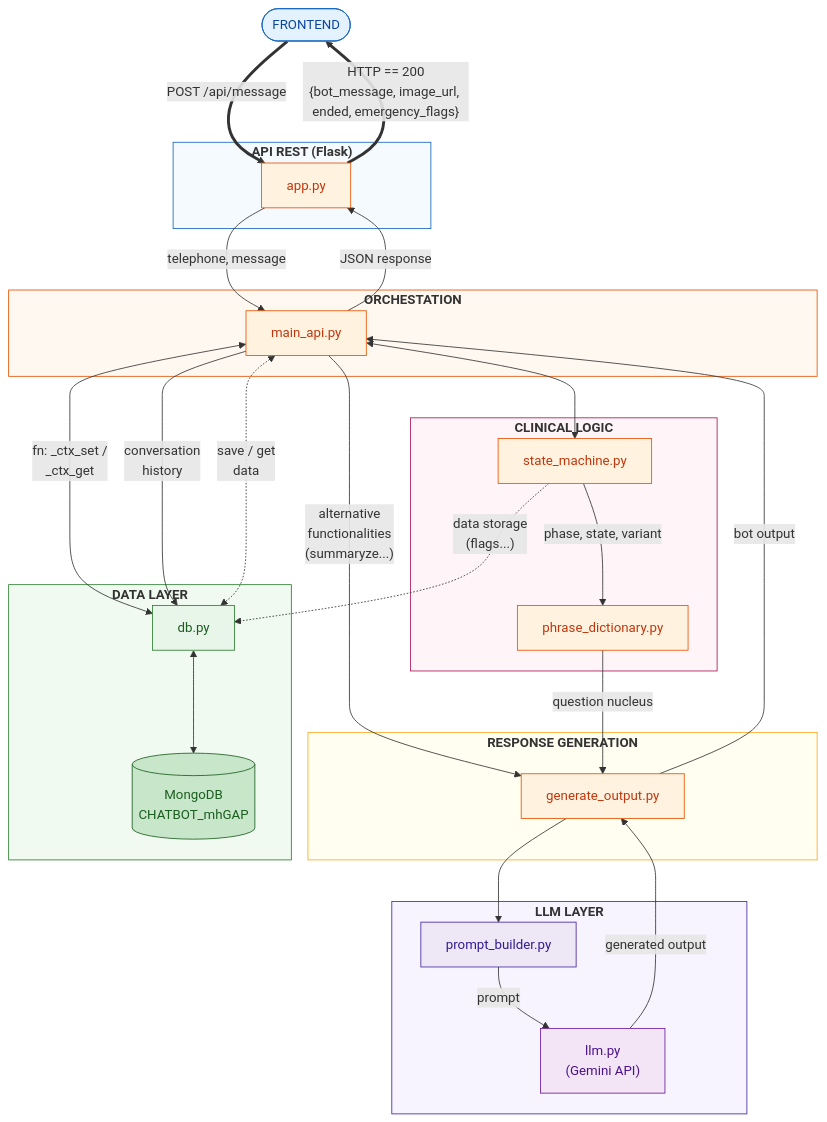
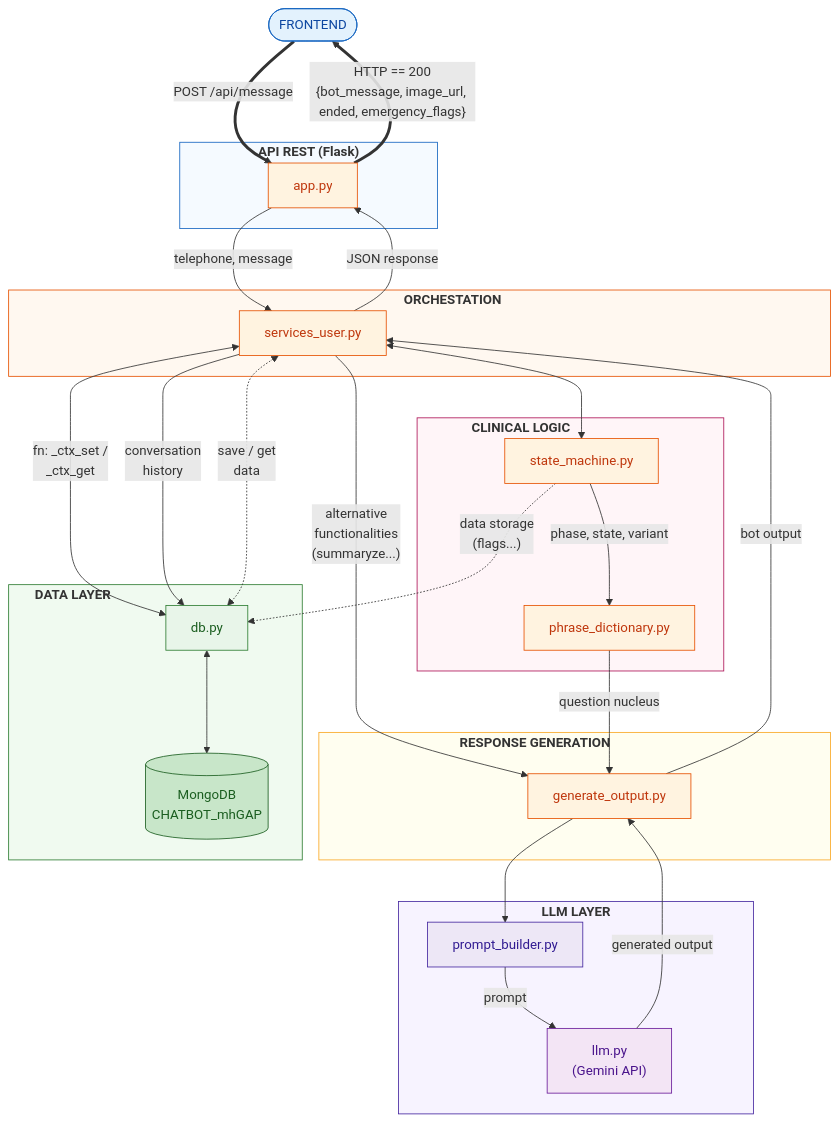
The diagram in diagrams/0_General_view.md (JordiiQueralto/AURORA_mhGAP-IG_v2.0), drawn with Mermaid before and after one commit. The commit also changed 4 other files, not shown here.

````diff
--- a/diagrams/0_General_view.md
+++ b/diagrams/0_General_view.md
@@ -1,63 +1,63 @@
 ```mermaid
 flowchart TD
     FE([FRONTEND]):::external
 
     subgraph API["<b>API REST (Flask)</b>"]
         APP["app.py"]:::module
     end
 
-    subgraph ORCH["<b>ORCHESTATION</b>"]
-        MAIN["main_api.py"]:::module
+    subgraph ORCH["<b> &nbsp;&nbsp;&nbsp;&nbsp;&nbsp; &nbsp;&nbsp;&nbsp;&nbsp; &nbsp;&nbsp;&nbsp;&nbsp; &nbsp;&nbsp;&nbsp;&nbsp;ORCHESTATION</b>"]
+        MAIN["services_user.py"]:::module
     end
 
-    subgraph CLINICAL["<b>CLINICAL LOGIC</b>"]
+    subgraph CLINICAL["<b>CLINICAL LOGIC &nbsp;&nbsp;&nbsp;&nbsp; &nbsp;&nbsp;&nbsp;&nbsp; &nbsp;&nbsp;&nbsp;&nbsp; &nbsp;&nbsp;&nbsp;&nbsp; &nbsp;&nbsp;&nbsp;&nbsp; &nbsp;&nbsp;&nbsp;&nbsp;</b>"]
         FSM_MOD["state_machine.py"]:::module
         PHRASE["phrase_dictionary.py"]:::module
     end
 
-    subgraph GENOUT["<b>RESPONSE GENERATION</b>"]
+    subgraph GENOUT["<b>RESPONSE GENERATION &nbsp;&nbsp;&nbsp;&nbsp; &nbsp;&nbsp;&nbsp;&nbsp; &nbsp;&nbsp;&nbsp;&nbsp; &nbsp;&nbsp;&nbsp;&nbsp; &nbsp;&nbsp;&nbsp;</b>"]
         GEN["generate_output.py"]:::module
     end
 
     subgraph LLM_L["<b>LLM LAYER</b>"]
         PB["prompt_builder.py"]:::prompt
         LLM["llm.py\n(Gemini API)"]:::llm
     end
 
-    subgraph DB_L["<b>DATA LAYER</b>"]
+    subgraph DB_L["<b>DATA LAYER &nbsp;&nbsp;&nbsp;&nbsp; &nbsp;&nbsp;&nbsp;&nbsp; &nbsp;&nbsp;&nbsp;&nbsp; &nbsp;&nbsp;&nbsp;&nbsp; &nbsp;&nbsp;&nbsp;&nbsp; &nbsp;&nbsp;&nbsp;&nbsp; &nbsp;&nbsp;&nbsp;&nbsp; &nbsp;&nbsp;&nbsp;&nbsp; &nbsp;&nbsp;&nbsp;&nbsp; &nbsp;&nbsp;&nbsp;&nbsp;</b>"]
         DB["db.py"]:::dbmod
         MONGO[("MongoDB\nCHATBOT_mhGAP")]:::db
     end
 
     FE ==>|"POST /api/message"| APP
     APP -->|"telephone, message"| MAIN
     MAIN <-->|"fn: _ctx_set / \n_ctx_get"| DB
     MAIN -->|"conversation\nhistory"| DB
     MAIN <-.->|"save / get \ndata"| DB
     MAIN <--> FSM_MOD
     MAIN --> |"alternative\nfunctionalities\n(summaryze...)"| GEN
     FSM_MOD -->|"phase, state, variant"| PHRASE
     PHRASE -->|"question nucleus"| GEN
     GEN --> PB
     PB -->|"prompt"| LLM
     LLM -->|"generated output"| GEN
     GEN -->|"bot output"| MAIN
     DB <--> MONGO
     MAIN -->|"JSON response"| APP
     APP ==>|"HTTP == 200<br/>{bot_message, image_url, ended, emergency_flags}"| FE
     FSM_MOD -.-> |"data storage<br/>(flags...)"|DB
 
     classDef external fill:#e3f2fd,stroke:#1565c0,color:#0d47a1
     classDef module  fill:#fff3e0,stroke:#e65100,color:#bf360c
     classDef prompt  fill:#ede7f6,stroke:#4527a0,color:#311b92
     classDef llm     fill:#f3e5f5,stroke:#6a1b9a,color:#4a148c
     classDef dbmod   fill:#e8f5e9,stroke:#2e7d32,color:#1b5e20
     classDef db      fill:#c8e6c9,stroke:#1b5e20,color:#1b5e20
 
     style API      fill:#f5faff,stroke:#1565c0
     style ORCH     fill:#fff8f0,stroke:#e65100
     style CLINICAL fill:#fff5f8,stroke:#ad1457
     style GENOUT   fill:#fffef0,stroke:#f9a825
     style LLM_L    fill:#f7f3ff,stroke:#4527a0
     style DB_L     fill:#f0faf0,stroke:#2e7d32
 ```
````
